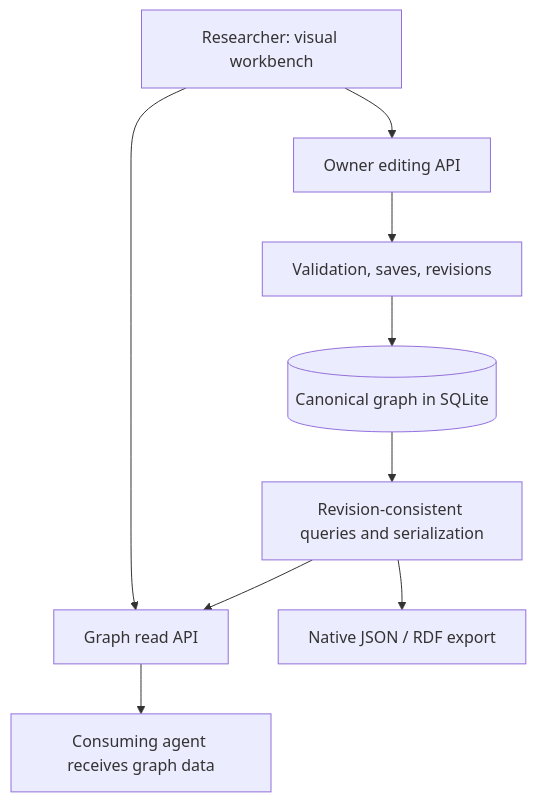
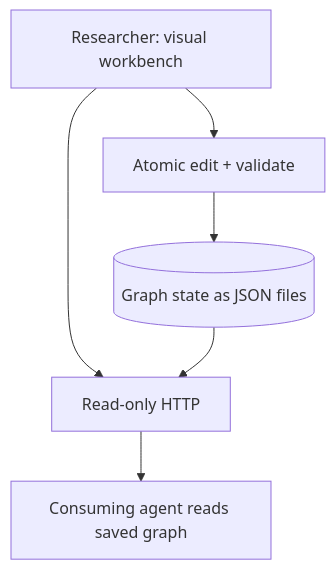
One commit to 666feiyu666/graphloom changed the diagram in docs/design.md. Above: the diagram before and after it, drawn with Mermaid. The commit also changed other lines of this file and 67 other files, not shown here.

````diff
--- a/docs/design.md
+++ b/docs/design.md
@@ -73,11 +50,8 @@
 ```mermaid
 flowchart TB
-    UI[Researcher: visual workbench] --> EDIT[Owner editing API]
-    UI --> READ[Graph read API]
-    EDIT --> COMMANDS[Validation, saves, revisions]
-    COMMANDS --> DB[(Canonical graph in SQLite)]
-    DB --> QUERY[Revision-consistent queries and serialization]
-    QUERY --> READ
-    READ --> AGENT[Consuming agent receives graph data]
-    QUERY --> EXPORT[Native JSON / RDF export]
+    UI[Researcher: visual workbench] --> EDIT[Atomic edit + validate]
+    UI --> READ[Read-only HTTP]
+    EDIT --> FILE[(Graph state as JSON files)]
+    FILE --> READ
+    READ --> AGENT[Consuming agent reads saved graph]
 ```
````
